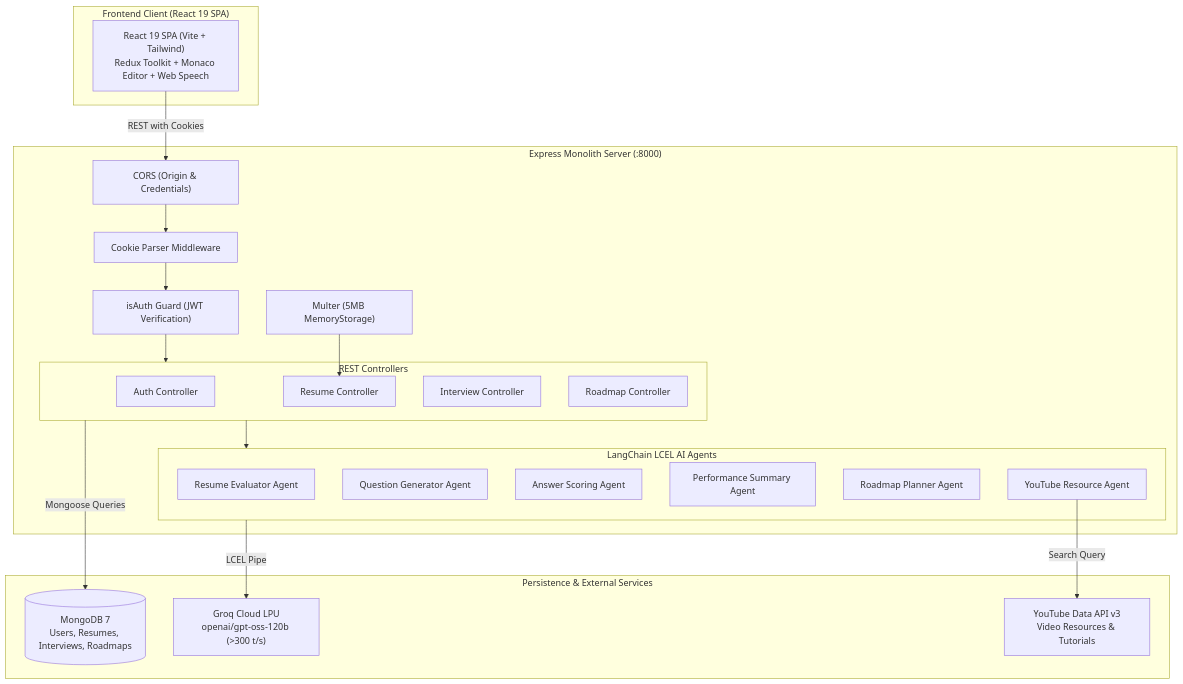
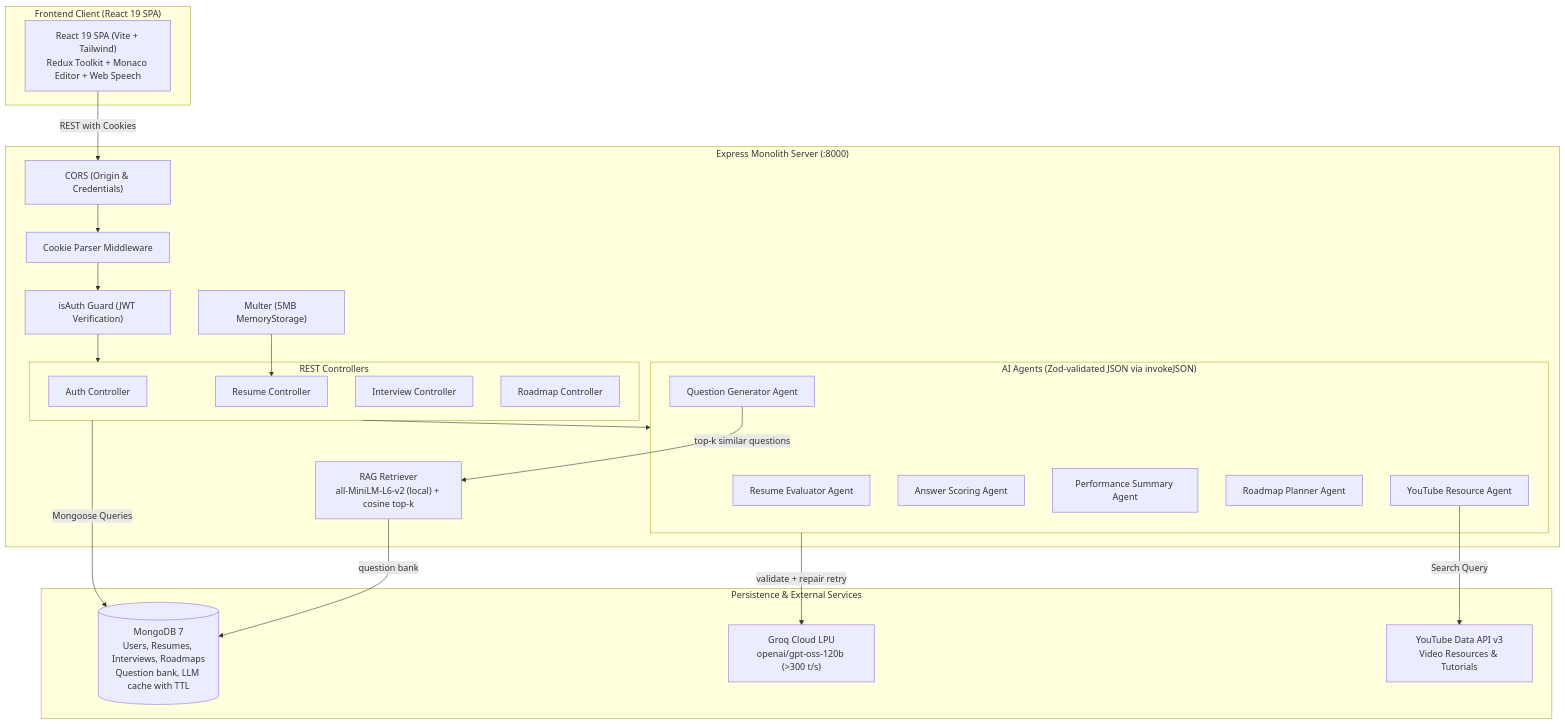
The diagram in README.md (23abhishek2024/PrepTrace), drawn with Mermaid before and after one commit. The commit also changed other lines of this file and 58 other files, not shown here.

Commit message:
feat: AI upgrades - validated output, rubric ATS score, JD match, RAG, cache, injection guard, delete resume, skip/end interview, speech fix

````diff
--- a/README.md
+++ b/README.md
@@ -97,45 +133,49 @@
 ```mermaid
 flowchart TB
     subgraph ClientLayer["Frontend Client (React 19 SPA)"]
         Browser["React 19 SPA (Vite + Tailwind)<br/>Redux Toolkit + Monaco Editor + Web Speech"]
     end
 
     subgraph ServerLayer["Express Monolith Server (:8000)"]
         CORS["CORS (Origin & Credentials)"]
         CookieParser["Cookie Parser Middleware"]
         IsAuth["isAuth Guard (JWT Verification)"]
         Multer["Multer (5MB MemoryStorage)"]
         
         subgraph Controllers["REST Controllers"]
             AuthCtrl["Auth Controller"]
             ResumeCtrl["Resume Controller"]
             InterviewCtrl["Interview Controller"]
             RoadmapCtrl["Roadmap Controller"]
         end
         
-        subgraph Agents["LangChain LCEL AI Agents"]
+        subgraph Agents["AI Agents (Zod-validated JSON via invokeJSON)"]
             ResumeAgent["Resume Evaluator Agent"]
             InterviewAgent["Question Generator Agent"]
             FeedbackAgent["Answer Scoring Agent"]
             SummaryAgent["Performance Summary Agent"]
             RoadmapAgent["Roadmap Planner Agent"]
             ResourceAgent["YouTube Resource Agent"]
         end
+
+        RAG["RAG Retriever<br/>all-MiniLM-L6-v2 (local) + cosine top-k"]
     end
 
     subgraph DataAndAI["Persistence & External Services"]
-        MongoDB[(MongoDB 7<br/>Users, Resumes, Interviews, Roadmaps)]
+        MongoDB[(MongoDB 7<br/>Users, Resumes, Interviews, Roadmaps<br/>Question bank, LLM cache with TTL)]
         GroqLPU["Groq Cloud LPU<br/>openai/gpt-oss-120b (>300 t/s)"]
         YouTubeAPI["YouTube Data API v3<br/>Video Resources & Tutorials"]
     end
 
     Browser -->|REST with Cookies| CORS
     CORS --> CookieParser --> IsAuth
     IsAuth --> Controllers
     Multer --> ResumeCtrl
 
     Controllers --> Agents
-    Agents -->|LCEL Pipe| GroqLPU
+    Agents -->|validate + repair retry| GroqLPU
+    InterviewAgent -->|top-k similar questions| RAG
+    RAG -->|question bank| MongoDB
     ResourceAgent -->|Search Query| YouTubeAPI
     Controllers -->|Mongoose Queries| MongoDB
 ```
````
